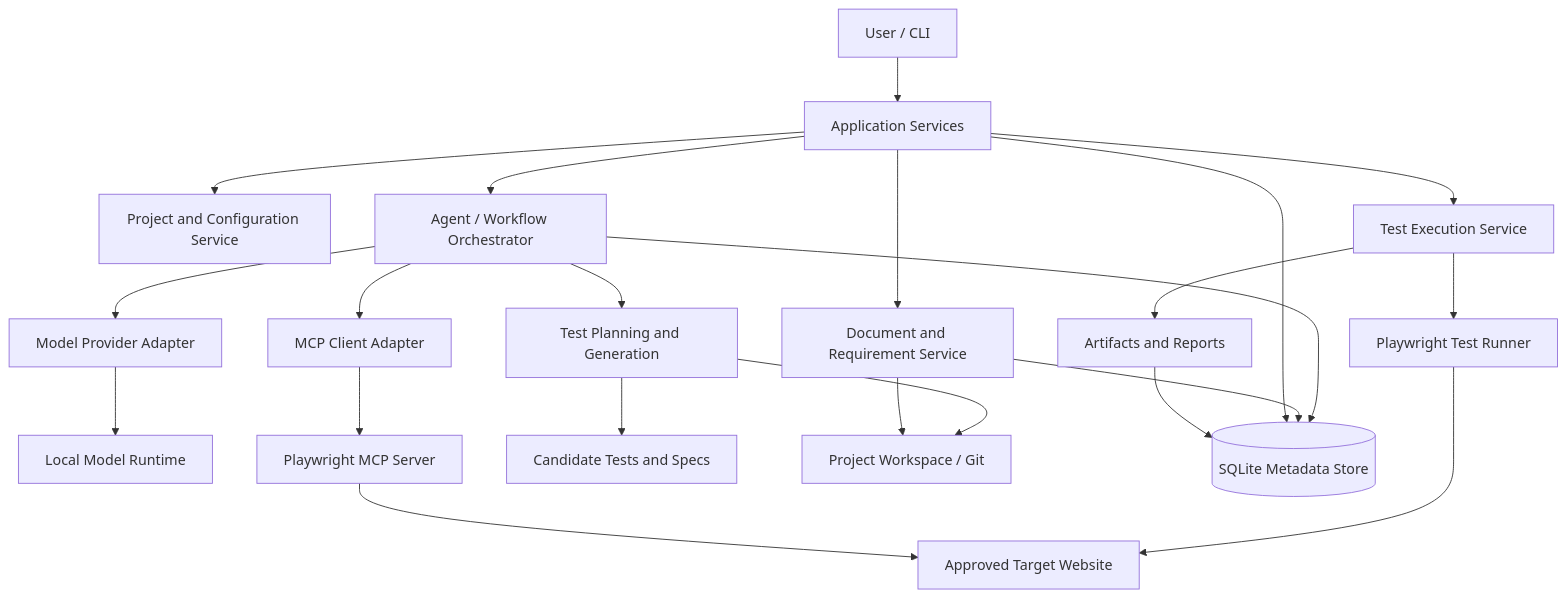
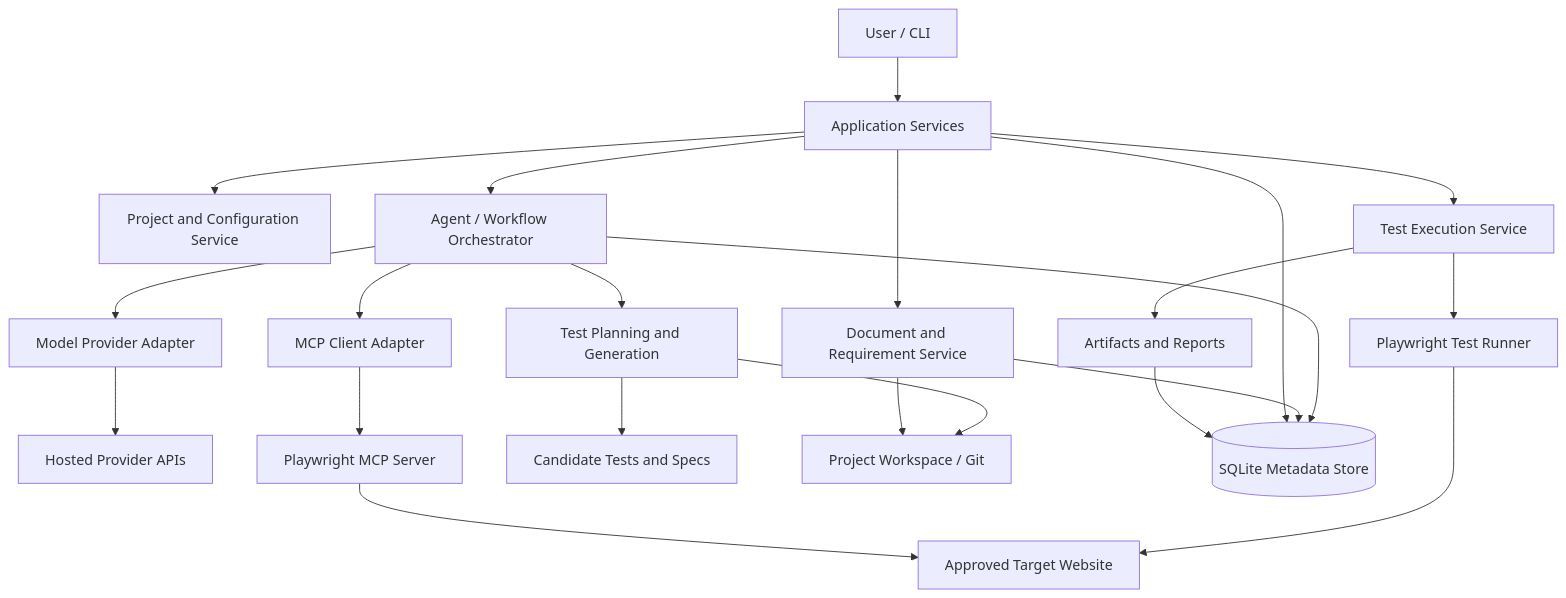
The first of 2 diagrams in docs/ARCHITECTURE.md (YasasPriyamantha/ai-qa-platform), drawn with Mermaid before and after one commit. The commit also changed other lines of this file and 8 other files, not shown here.

````diff
--- a/docs/ARCHITECTURE.md
+++ b/docs/ARCHITECTURE.md
@@ -21,24 +21,24 @@
 ```mermaid
 flowchart TD
     U[User / CLI] --> APP[Application Services]
     APP --> PROJ[Project and Configuration Service]
     APP --> DOC[Document and Requirement Service]
     APP --> ORCH[Agent / Workflow Orchestrator]
     ORCH --> LLM[Model Provider Adapter]
-    LLM --> LOCAL[Local Model Runtime]
+    LLM --> HOSTED[Hosted Provider APIs]
     ORCH --> MCPCLIENT[MCP Client Adapter]
     MCPCLIENT --> MCP[Playwright MCP Server]
     MCP --> SITE[Approved Target Website]
     ORCH --> PLAN[Test Planning and Generation]
     PLAN --> CAND[Candidate Tests and Specs]
     APP --> RUN[Test Execution Service]
     RUN --> PW[Playwright Test Runner]
     PW --> SITE
     RUN --> ART[Artifacts and Reports]
     DOC --> STORE[Project Workspace / Git]
     PLAN --> STORE
     ART --> DB[(SQLite Metadata Store)]
     APP --> DB
     DOC --> DB
     ORCH --> DB
 ```
````
